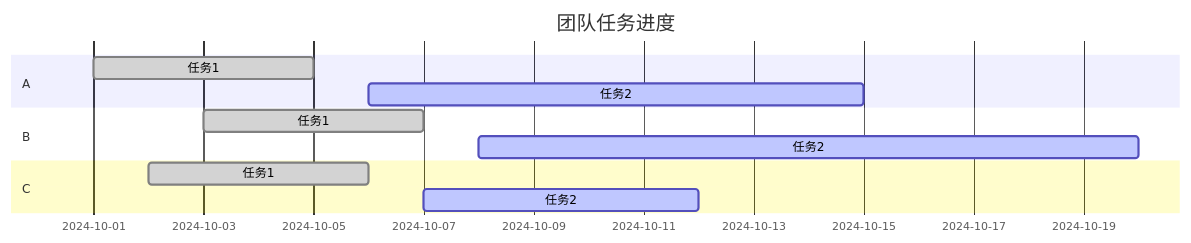
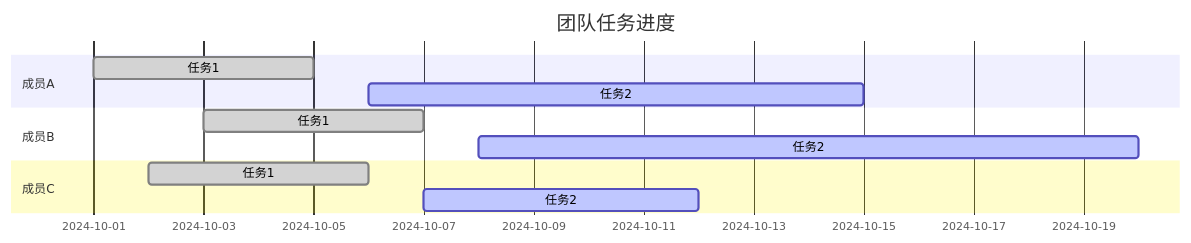
Before and after one commit to lelouch00000/2025_new_test: the diagram in README.md, drawn with Mermaid. The commit also changed other lines of this file, not shown here.

Commit message:
test reset

````diff
--- a/README.md
+++ b/README.md
@@ -1,15 +3,15 @@
 ```mermaid
 gantt
     title 团队任务进度
     dateFormat  YYYY-MM-DD
-    section A
+    section 成员A
     任务1 :done, task1, 2024-10-01, 2024-10-05
     任务2 :active, task2, 2024-10-06, 2024-10-15
-    section B
+    section 成员B
     任务1 :done, task3, 2024-10-03, 2024-10-07
     任务2 :active, task4, 2024-10-08, 2024-10-20
-    section C
+    section 成员C
     任务1 :done, task5, 2024-10-02, 2024-10-06
     任务2 :active, task6, 2024-10-07, 2024-10-12
 
 ```
````
